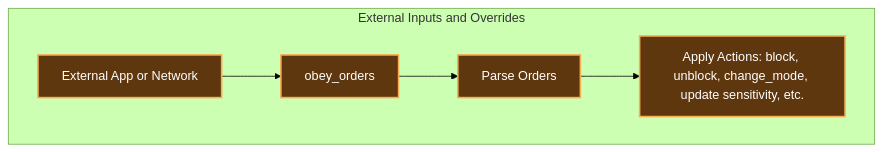
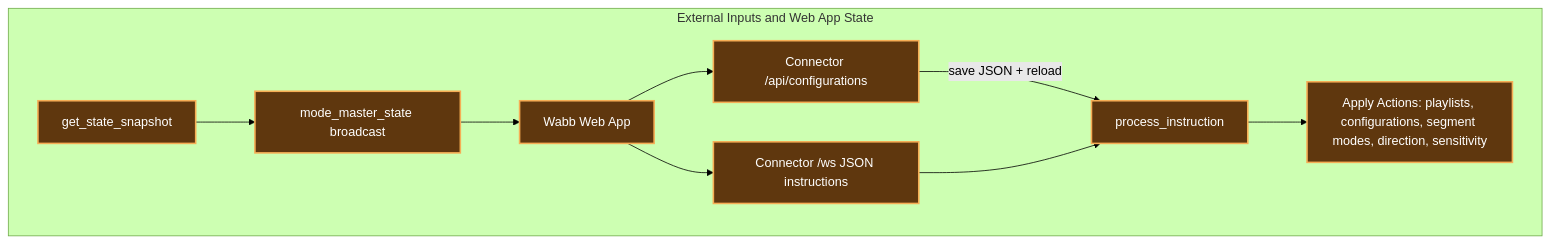
Before and after one commit to LucRobey/vialactee: the third of 3 diagrams in core/precisions/mode_master.md, drawn with Mermaid (forest theme). The commit also changed other lines of this file and 19 other files, not shown here.

Commit message:
[add] implement configuration store for managing playlists and segment configurations via API

````diff
--- a/core/precisions/mode_master.md
+++ b/core/precisions/mode_master.md
@@ -84,15 +87,22 @@
 ```mermaid
 graph TD
     classDef external fill:#5f370e,stroke:#f6ad55,stroke-width:2px,color:#fff;
 
-    subgraph external_inputs [External Inputs and Overrides]
-        W[External App or Network]:::external
-        X[obey_orders]:::external
-        Y[Parse Orders]:::external
-        Z["Apply Actions: block, unblock, change_mode, update sensitivity, etc."]:::external
+    subgraph external_inputs [External Inputs and Web App State]
+        W[Wabb Web App]:::external
+        X["Connector /ws JSON instructions"]:::external
+        API["Connector /api/configurations"]:::external
+        SNAP["get_state_snapshot"]:::external
+        Y[process_instruction]:::external
+        Z["Apply Actions: playlists, configurations, segment modes, direction, sensitivity"]:::external
+        PUSH["mode_master_state broadcast"]:::external
         
         W --> X
+        W --> API
+        API -->|"save JSON + reload"| Y
         X --> Y
         Y --> Z
+        SNAP --> PUSH
+        PUSH --> W
     end
 ```
````
